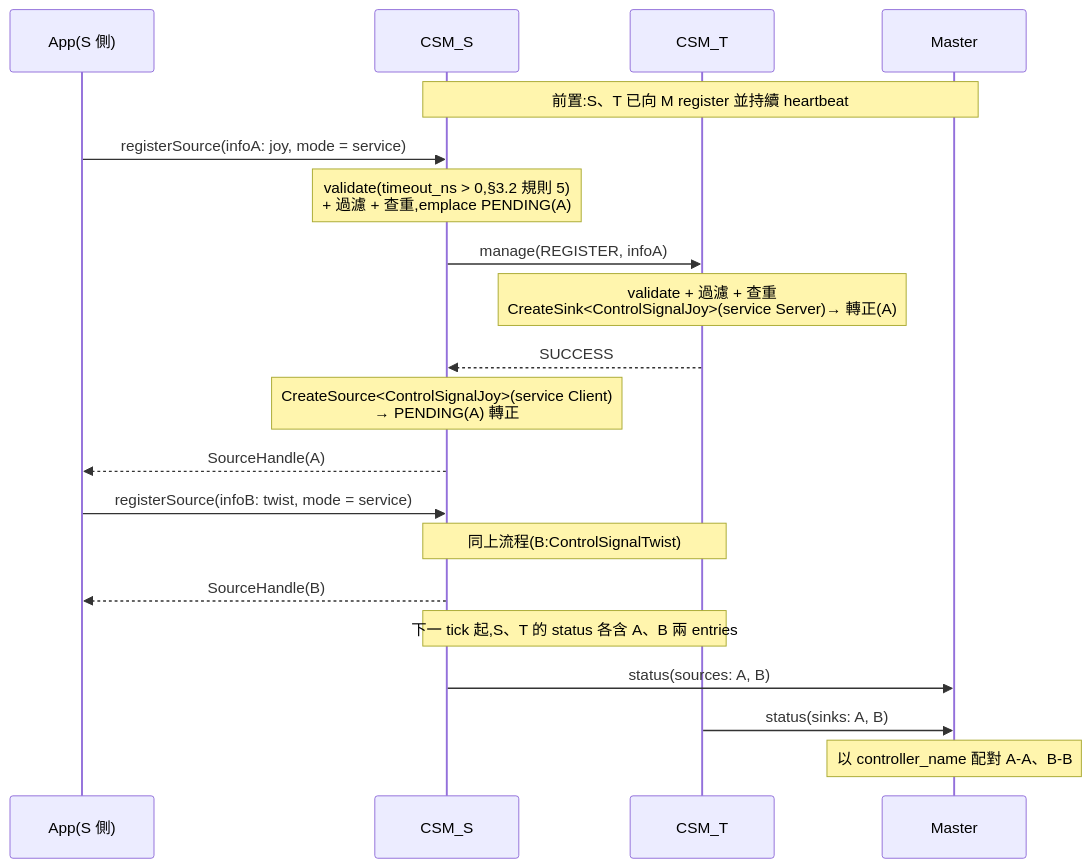
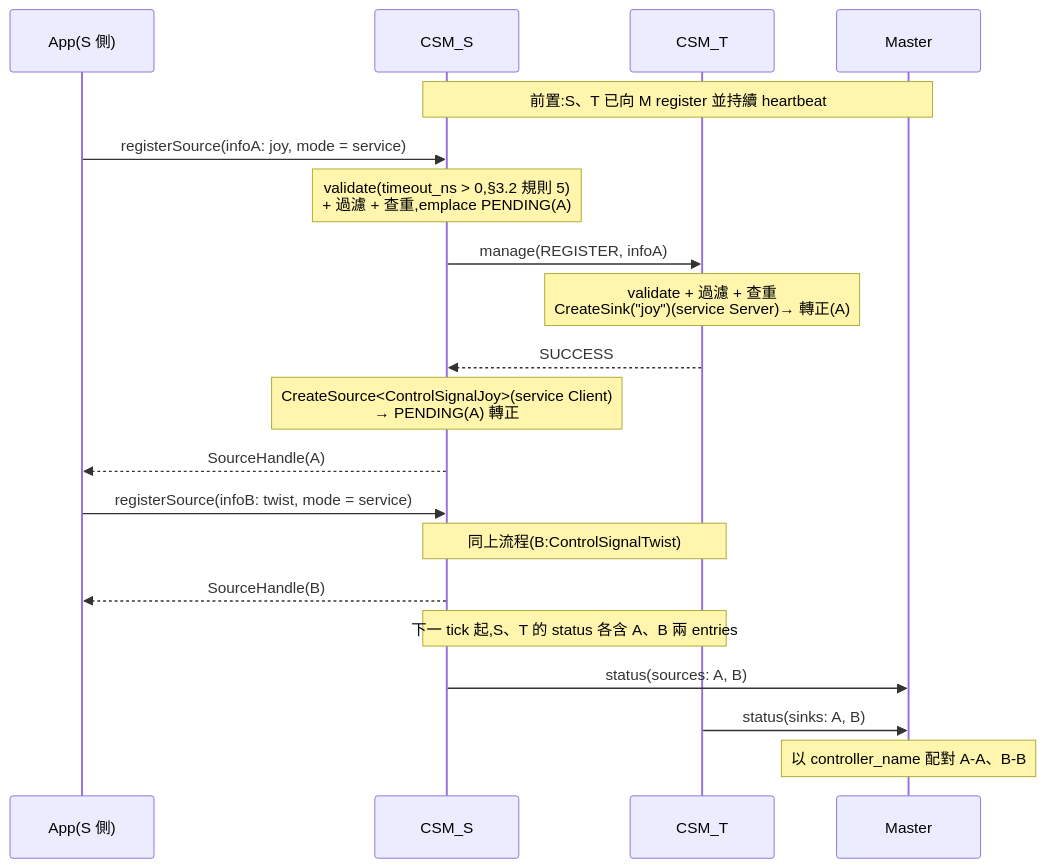
One commit to cocobird231/rv2_project changed diagram 25 of 42 in r1_design_draft.md. Above: the diagram before and after it, drawn with Mermaid. The commit also changed other lines of this file, not shown here.

````diff
--- a/r1_design_draft.md
+++ b/r1_design_draft.md
@@ -2034,25 +2102,25 @@
 ```mermaid
 sequenceDiagram
     participant App as App(S 側)
     participant S as CSM_S
     participant T as CSM_T
     participant M as Master
 
     Note over S,M: 前置:S、T 已向 M register 並持續 heartbeat
     App->>S: registerSource(infoA: joy, mode = service)
     Note over S: validate(timeout_ns > 0,§3.2 規則 5)<br/>+ 過濾 + 查重,emplace PENDING(A)
     S->>T: manage(REGISTER, infoA)
-    Note over T: validate + 過濾 + 查重<br/>CreateSink<ControlSignalJoy>(service Server)→ 轉正(A)
+    Note over T: validate + 過濾 + 查重<br/>CreateSink("joy")(service Server)→ 轉正(A)
     T-->>S: SUCCESS
     Note over S: CreateSource<ControlSignalJoy>(service Client)<br/>→ PENDING(A) 轉正
     S-->>App: SourceHandle(A)
 
     App->>S: registerSource(infoB: twist, mode = service)
     Note over S,T: 同上流程(B:ControlSignalTwist)
     S-->>App: SourceHandle(B)
 
     Note over S,T: 下一 tick 起,S、T 的 status 各含 A、B 兩 entries
     S->>M: status(sources: A, B)
     T->>M: status(sinks: A, B)
     Note over M: 以 controller_name 配對 A-A、B-B
 ```
````
